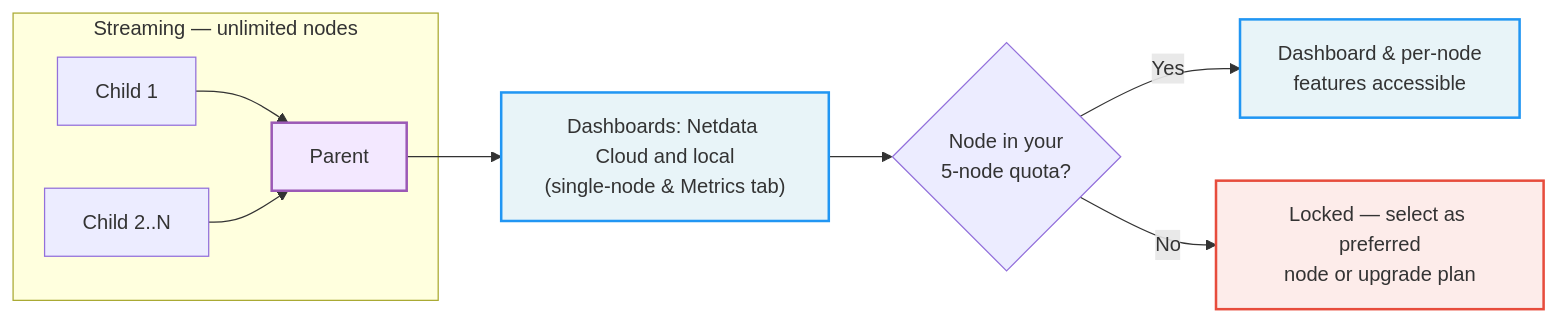
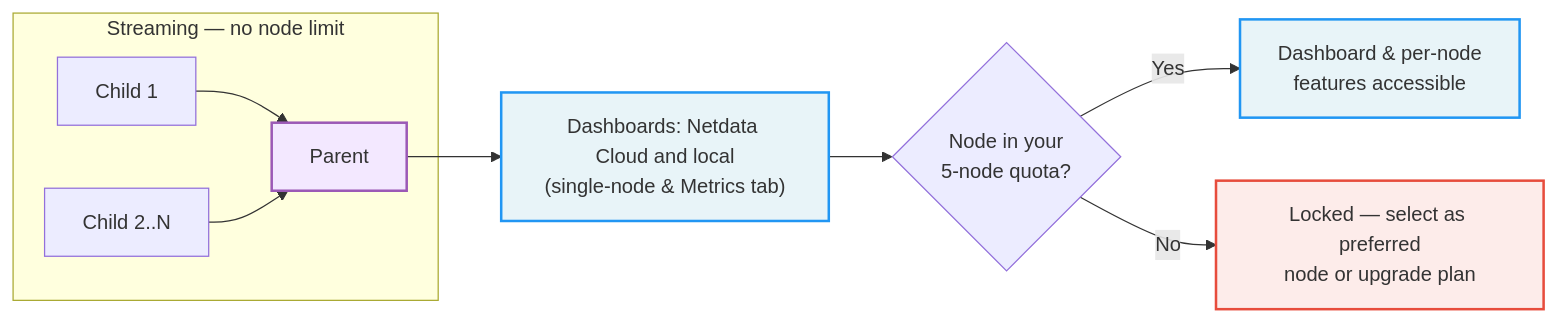
Before and after one commit to netdata/netdata: the diagram in docs/netdata-oss-limitations.md, drawn with Mermaid. The commit also changed other lines of this file and 13 other files, not shown here.

````diff
--- a/docs/netdata-oss-limitations.md
+++ b/docs/netdata-oss-limitations.md
@@ -143,17 +143,17 @@
 ```mermaid
 flowchart LR
-    subgraph S["Streaming — unlimited nodes"]
+    subgraph S["Streaming — no node limit"]
         C1["Child 1"] --> P["Parent"]
         CN["Child 2..N"] --> P
     end
     P --> D["Dashboards: Netdata Cloud and local<br/>(single-node & Metrics tab)"]
     D --> Q{"Node in your<br/>5-node quota?"}
     Q -->|Yes| V["Dashboard & per-node<br/>features accessible"]
     Q -->|No| L["Locked — select as preferred<br/>node or upgrade plan"]
     classDef parent fill:#f3e8ff,stroke:#9b59b6,stroke-width:2px
     classDef dash fill:#e8f4f8,stroke:#2196F3,stroke-width:2px
     classDef locked fill:#fdecea,stroke:#e74c3c,stroke-width:2px
     class P parent
     class D,V dash
     class L locked
 ```
````
